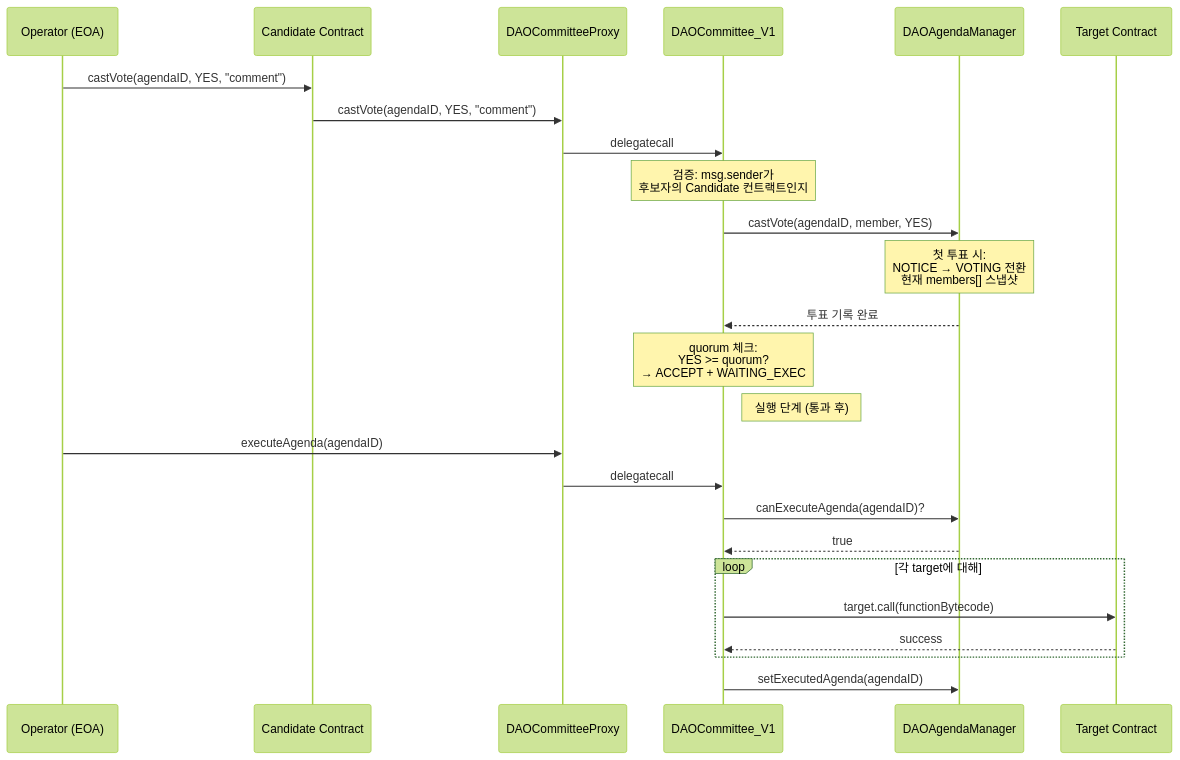
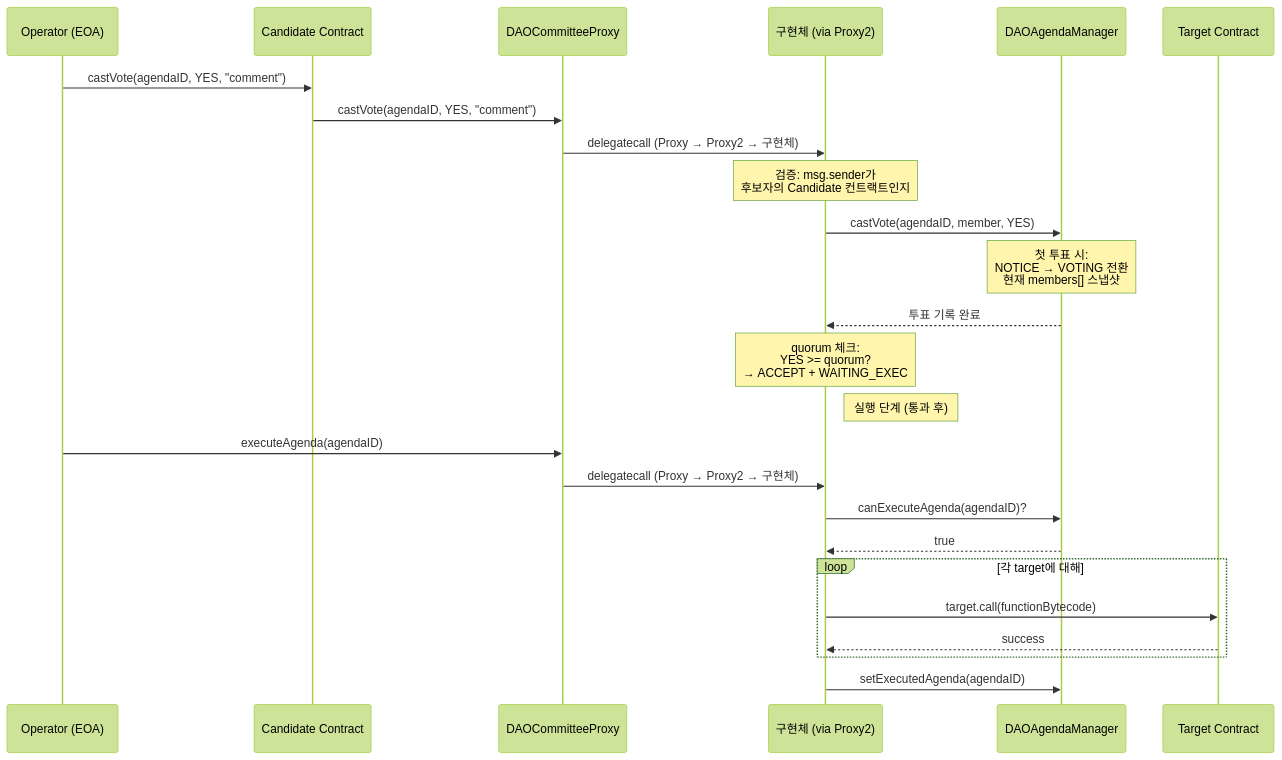
One commit to tokamak-network/tokamak-dao-v2 changed the tenth of 11 diagrams in docs/v1-architecture.md. Above: the diagram before and after it, drawn with Mermaid (forest theme). The commit also changed other lines of this file, not shown here.

First line of the commit message:
docs: update V1 architecture with on-chain verified state

````diff
--- a/docs/v1-architecture.md
+++ b/docs/v1-architecture.md
@@ -289,37 +322,37 @@
 ```mermaid
 sequenceDiagram
     participant OP as Operator (EOA)
     participant CAND as Candidate Contract
     participant DCP as DAOCommitteeProxy
-    participant DC as DAOCommittee_V1
+    participant DC as 구현체 (via Proxy2)
     participant DAM as DAOAgendaManager
     participant TARGET as Target Contract
 
     OP->>CAND: castVote(agendaID, YES, "comment")
     CAND->>DCP: castVote(agendaID, YES, "comment")
-    DCP->>DC: delegatecall
+    DCP->>DC: delegatecall (Proxy → Proxy2 → 구현체)
 
     Note over DC: 검증: msg.sender가<br/>후보자의 Candidate 컨트랙트인지
 
     DC->>DAM: castVote(agendaID, member, YES)
 
     Note over DAM: 첫 투표 시:<br/>NOTICE → VOTING 전환<br/>현재 members[] 스냅샷
 
     DAM-->>DC: 투표 기록 완료
 
     Note over DC: quorum 체크:<br/>YES >= quorum?<br/>→ ACCEPT + WAITING_EXEC
 
     Note right of DC: 실행 단계 (통과 후)
 
     OP->>DCP: executeAgenda(agendaID)
-    DCP->>DC: delegatecall
+    DCP->>DC: delegatecall (Proxy → Proxy2 → 구현체)
     DC->>DAM: canExecuteAgenda(agendaID)?
     DAM-->>DC: true
 
     loop 각 target에 대해
         DC->>TARGET: target.call(functionBytecode)
         TARGET-->>DC: success
     end
 
     DC->>DAM: setExecutedAgenda(agendaID)
 ```
````
